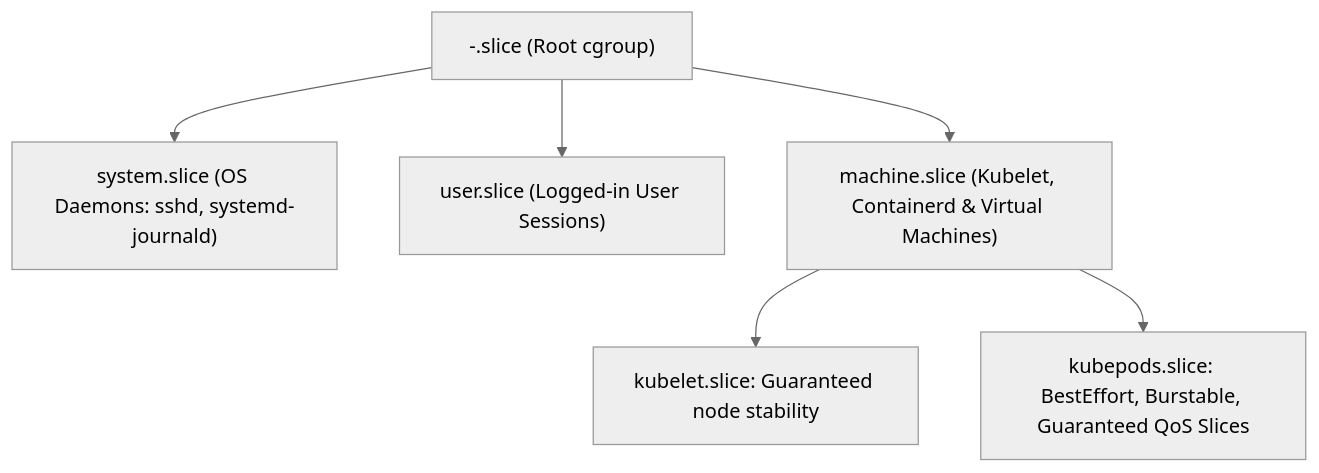
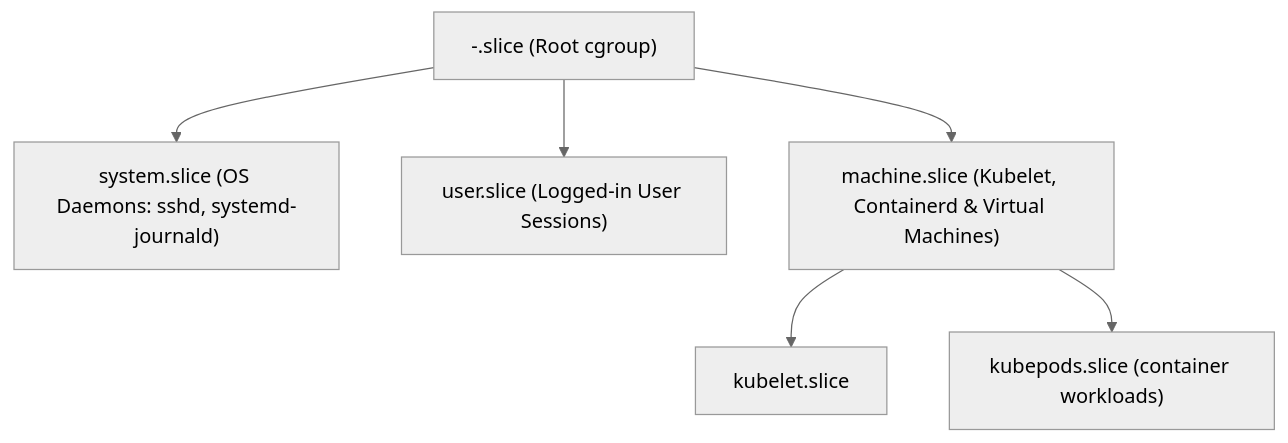
The diagram in docs/cgroups-v2-systemd-slice-hierarchy.md (isihussain/developer-handbook), drawn with Mermaid (neutral theme) before and after one commit. The commit also changed other lines of this file, not shown here.

````diff
--- a/docs/cgroups-v2-systemd-slice-hierarchy.md
+++ b/docs/cgroups-v2-systemd-slice-hierarchy.md
@@ -5,8 +5,8 @@
 ```mermaid
 flowchart TD
     Root["-.slice (Root cgroup)"] --> System["system.slice (OS Daemons: sshd, systemd-journald)"]
     Root --> User["user.slice (Logged-in User Sessions)"]
     Root --> Machine["machine.slice (Kubelet, Containerd & Virtual Machines)"]
-    Machine --> KubeletSlice["kubelet.slice: Guaranteed node stability"]
-    Machine --> PodSlice["kubepods.slice: BestEffort, Burstable, Guaranteed QoS Slices"]
+    Machine --> KubeletSlice["kubelet.slice"]
+    Machine --> PodSlice["kubepods.slice (container workloads)"]
 ```
````
